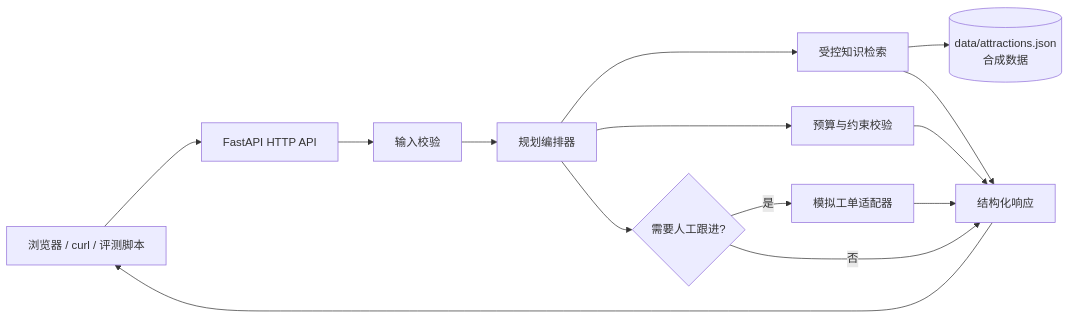
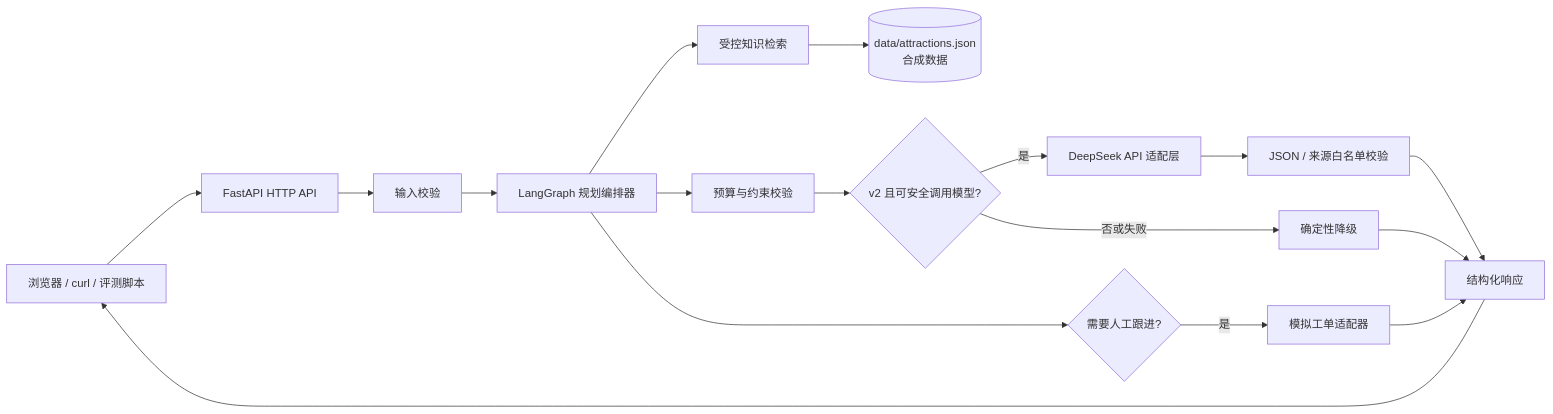
Before and after one commit to dongze993-dot/travelops-copilot: the first of 2 diagrams in docs/architecture.md, drawn with Mermaid. The commit also changed other lines of this file and 5 other files, not shown here.

````diff
--- a/docs/architecture.md
+++ b/docs/architecture.md
@@ -17,16 +19,19 @@
 ```mermaid
 flowchart LR
     U[浏览器 / curl / 评测脚本] --> A[FastAPI HTTP API]
     A --> V[输入校验]
-    V --> P[规划编排器]
+    V --> P[LangGraph 规划编排器]
     P --> R[受控知识检索]
     R --> D[(data/attractions.json\n合成数据)]
     P --> C[预算与约束校验]
+    C --> M{v2 且可安全调用模型?}
+    M -- 是 --> L[DeepSeek API 适配层]
+    L --> G[JSON / 来源白名单校验]
+    M -- 否或失败 --> F[确定性降级]
+    G --> O[结构化响应]
+    F --> O
     P --> T{需要人工跟进?}
-    T -- 是 --> G[模拟工单适配器]
-    T -- 否 --> O[结构化响应]
-    G --> O
-    C --> O
-    R --> O
+    T -- 是 --> K[模拟工单适配器]
+    K --> O
     O --> U
 ```
````
